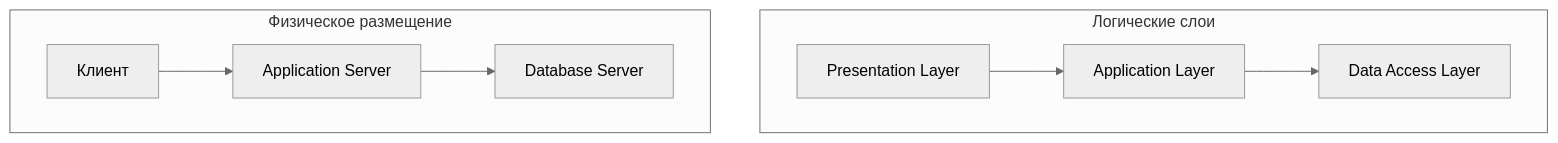
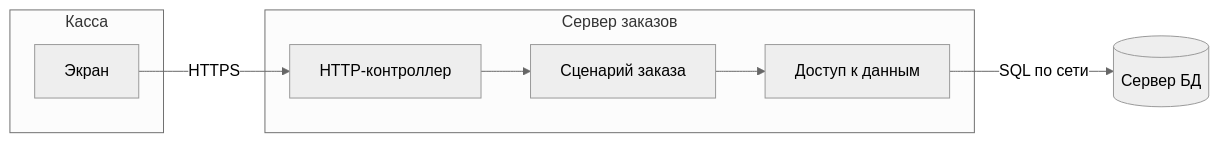
Before and after one commit to Kert0n/KPO: the first of 9 diagrams in content/lectures/Lec8/vitepress.md, drawn with Mermaid (neutral theme). The commit also changed other lines of this file, not shown here.

````diff
--- a/content/lectures/Lec8/vitepress.md
+++ b/content/lectures/Lec8/vitepress.md
@@ -194,12 +102,11 @@
 ```mermaid
-flowchart TD
-    subgraph Code["Логические слои"]
-        UI["Presentation Layer"] --> App["Application Layer"]
-        App --> Data["Data Access Layer"]
+flowchart LR
+    subgraph Terminal["Касса"]
+        Screen["Экран"]
     end
-
-    subgraph Runtime["Физическое размещение"]
-        Browser["Клиент"] --> Server["Application Server"]
-        Server --> DB["Database Server"]
+    subgraph Server["Сервер заказов"]
+        HTTP["HTTP-контроллер"] --> App["Сценарий заказа"] --> Data["Доступ к данным"]
     end
+    Screen -->|"HTTPS"| HTTP
+    Data -->|"SQL по сети"| DB[("Сервер БД")]
 ```
````
